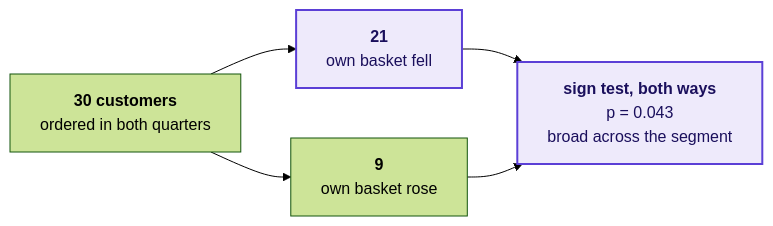
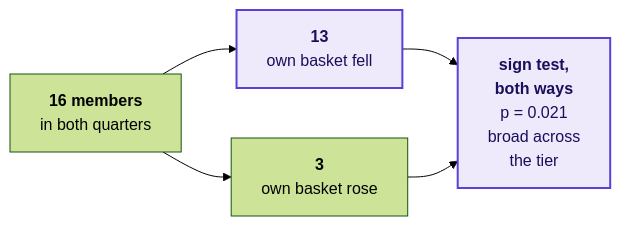
Diagram 12 of 12 in content/W01/D5/slides/C2_W01_D05_debrief_STUDENT.md (fde-academy-lab/c2-content-factory), drawn with Mermaid (forest theme) before and after one commit. The commit also changed other lines of this file and 5 other files, not shown here.

````diff
--- a/content/W01/D5/slides/C2_W01_D05_debrief_STUDENT.md
+++ b/content/W01/D5/slides/C2_W01_D05_debrief_STUDENT.md
@@ -586,9 +886,9 @@
 ```mermaid
 flowchart LR
-    A["<b>30 customers</b><br/>ordered in both quarters"] --> F["<b>21</b><br/>own basket fell"]
-    A --> O["<b>9</b><br/>own basket rose"]
-    F --> V["<b>sign test, both ways</b><br/>p = 0.043<br/>broad across the segment"]
+    A["<b>16 members</b><br/>in both quarters"] --> F["<b>13</b><br/>own basket fell"]
+    A --> O["<b>3</b><br/>own basket rose"]
+    F --> V["<b>sign test,<br/>both ways</b><br/>p = 0.021<br/>broad across<br/>the tier"]
     O --> V
     classDef known fill:#EEEAFB,stroke:#5B3FD6,color:#1A0F5C,stroke-width:2px
     class F,V known
 ```
````
